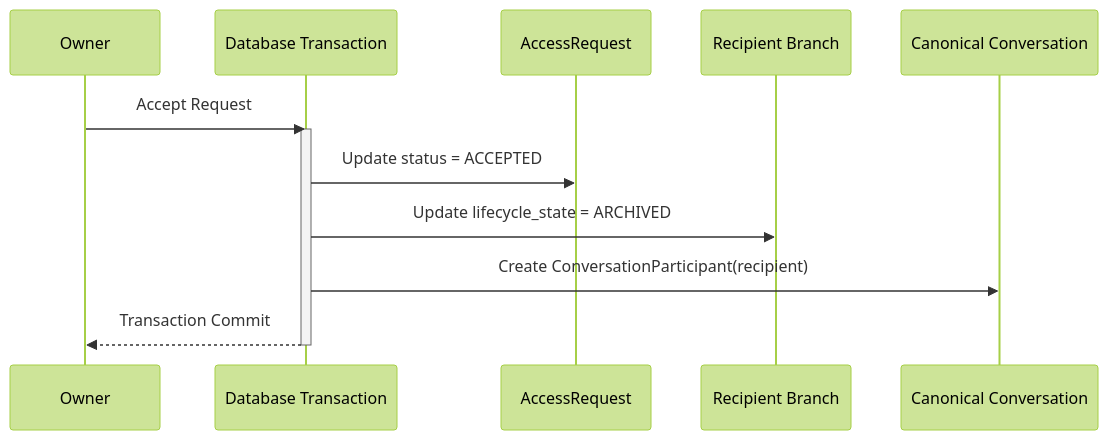
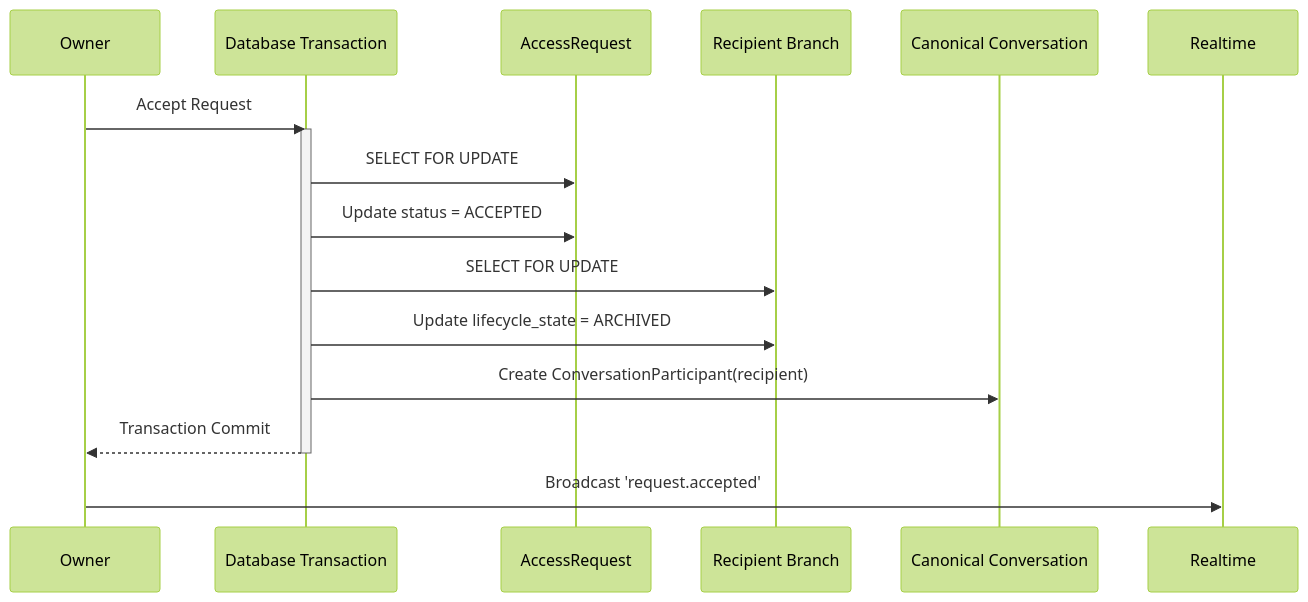
The fourth of 4 diagrams in docs/V2_STATE_MACHINE.md (Rubaitzk/SynapseLM), drawn with Mermaid (forest theme) before and after one commit. The commit also changed other lines of this file and 32 other files, not shown here.

Commit message:
V2.2 LLM Architecture fixes and UUID test idempotency

````diff
--- a/docs/V2_STATE_MACHINE.md
+++ b/docs/V2_STATE_MACHINE.md
@@ -56,16 +56,19 @@
 ```mermaid
 sequenceDiagram
     participant Owner
     participant DB as Database Transaction
     participant Req as AccessRequest
     participant Branch as Recipient Branch
     participant Canonical as Canonical Conversation
 
     Owner->>DB: Accept Request
     activate DB
+    DB->>Req: SELECT FOR UPDATE
     DB->>Req: Update status = ACCEPTED
+    DB->>Branch: SELECT FOR UPDATE
     DB->>Branch: Update lifecycle_state = ARCHIVED
     DB->>Canonical: Create ConversationParticipant(recipient)
     DB-->>Owner: Transaction Commit
     deactivate DB
+    Owner->>Realtime: Broadcast 'request.accepted'
 ```
````
